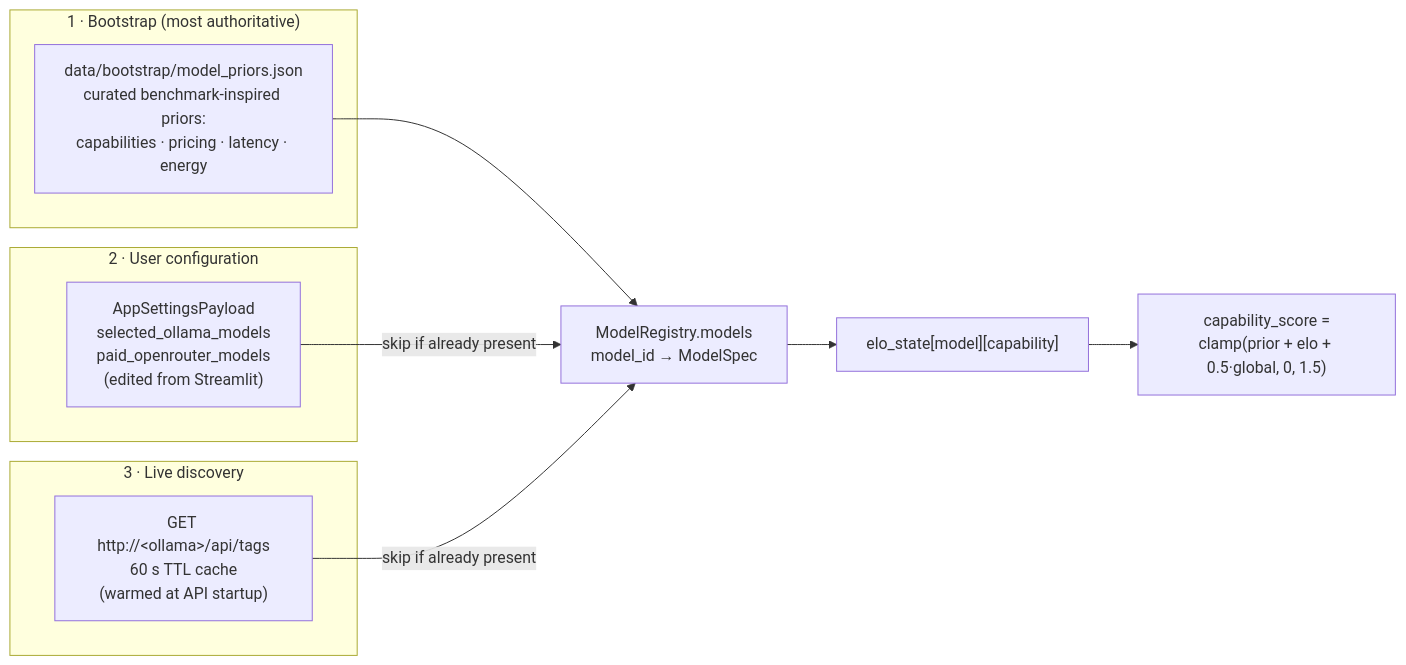
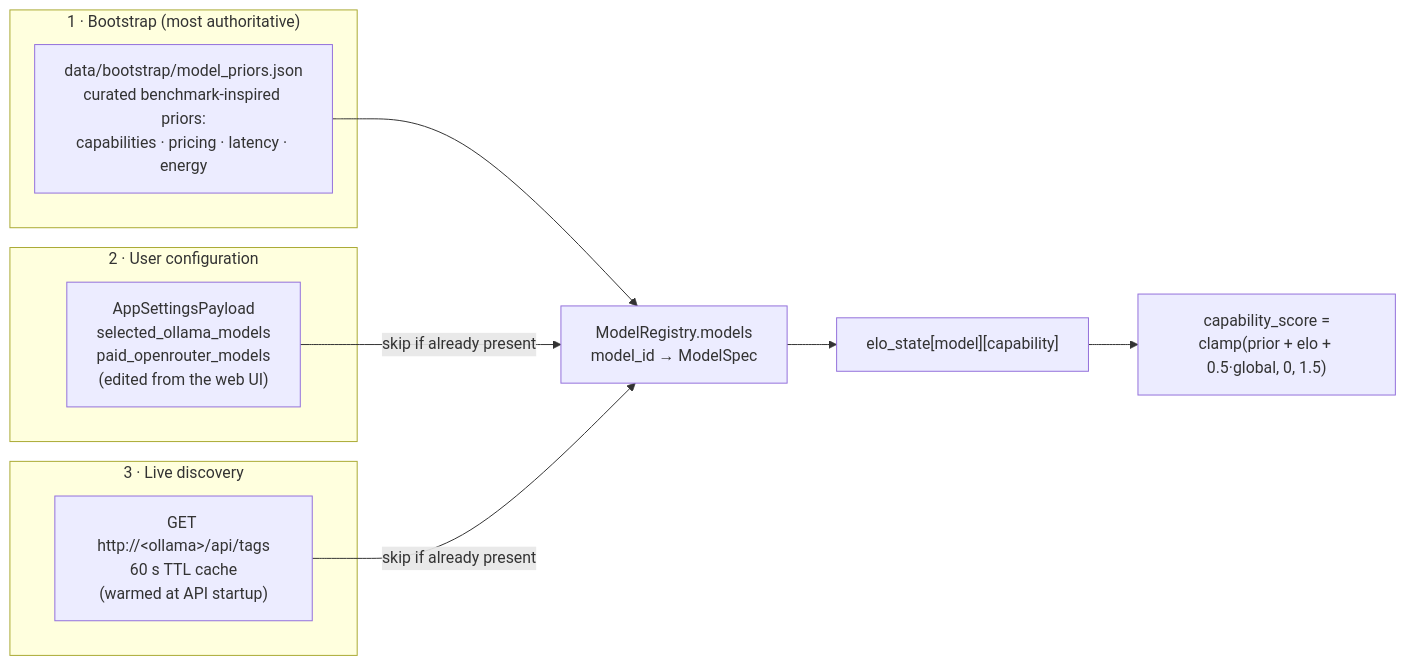
Before and after one commit to warith-harchaoui/roitelet-llm: the fourth of 6 diagrams in MECHANISM.md, drawn with Mermaid. The commit also changed other lines of this file and 4 other files, not shown here.

Commit message:
refactor: replace Streamlit GUI with native web client served by FastAPI and add defensive validation for API endpoints and cost estimation

````diff
--- a/MECHANISM.md
+++ b/MECHANISM.md
@@ -169,20 +169,20 @@
 ```mermaid
 flowchart LR
     subgraph S1["1 · Bootstrap (most authoritative)"]
         B["data/bootstrap/model_priors.json<br/>curated benchmark-inspired priors:<br/>capabilities · pricing · latency · energy"]
     end
     subgraph S2["2 · User configuration"]
-        U["AppSettingsPayload<br/>selected_ollama_models<br/>paid_openrouter_models<br/>(edited from Streamlit)"]
+        U["AppSettingsPayload<br/>selected_ollama_models<br/>paid_openrouter_models<br/>(edited from the web UI)"]
     end
     subgraph S3["3 · Live discovery"]
         L["GET http://&lt;ollama&gt;/api/tags<br/>60 s TTL cache<br/>(warmed at API startup)"]
     end
 
     B --> M
     U -- "skip if already present" --> M
     L -- "skip if already present" --> M
     M["ModelRegistry.models<br/>model_id → ModelSpec"]
 
     M --> ES["elo_state[model][capability]"]
     ES --> SCORE["capability_score =<br/>clamp(prior + elo + 0.5·global, 0, 1.5)"]
 ```
````
